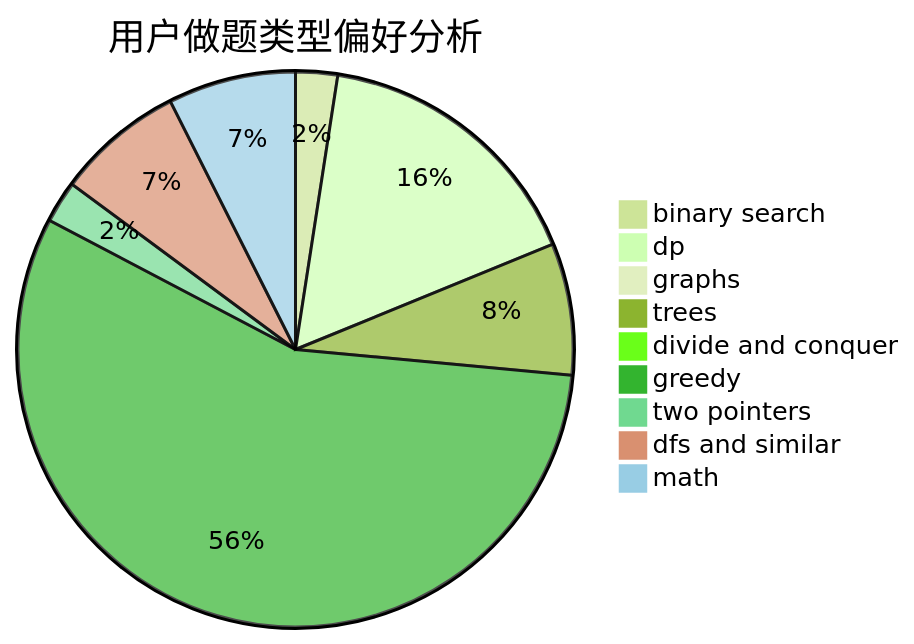
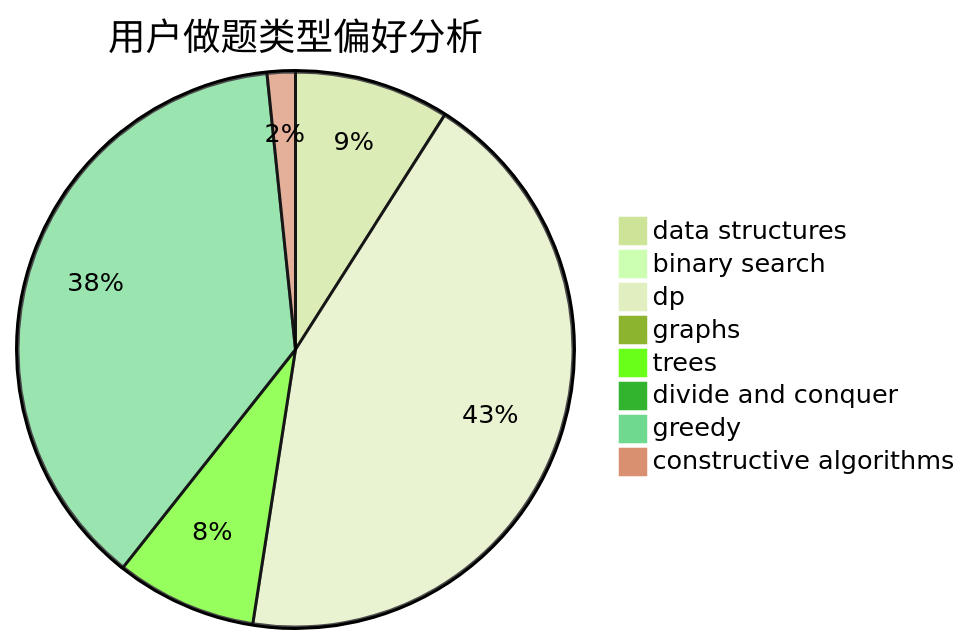
The second of 3 diagrams in docs/user/u292.md (sherpahu/cfrs.github.io), drawn with Mermaid (forest theme) before and after one commit. The commit also changed other lines of this file and 2775 other files, not shown here.

````diff
--- a/docs/user/u292.md
+++ b/docs/user/u292.md
@@ -23,12 +23,11 @@
 ```mermaid
 pie title 用户做题类型偏好分析
-    "binary search" :  21
-    "dp" :  141
-    "graphs" :  3
-    "trees" :  66
+    "data structures" :  11
+    "binary search" :  0
+    "dp" :  53
+    "graphs" :  0
+    "trees" :  10
     "divide and conquer" :  0
-    "greedy" :  484
-    "two pointers" :  21
-    "dfs and similar" :  64
-    "math" :  64
+    "greedy" :  46
+    "constructive algorithms" :  2
 ```
````
